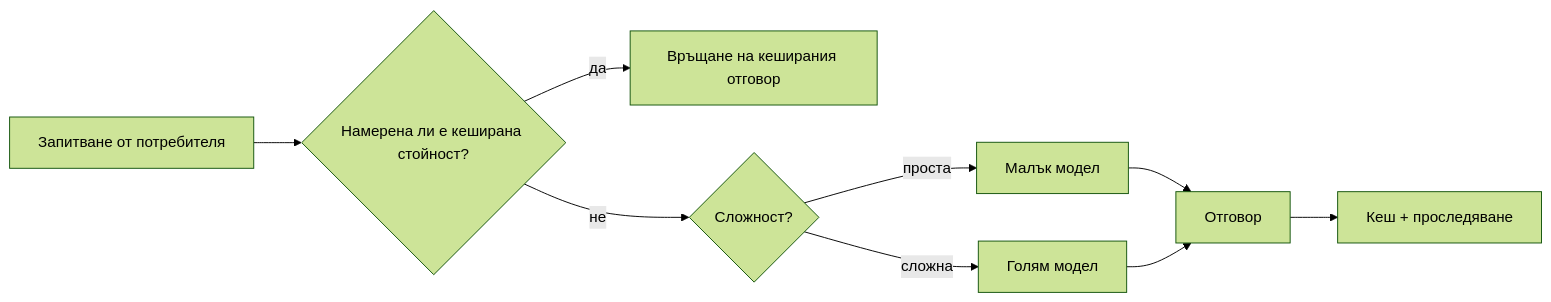
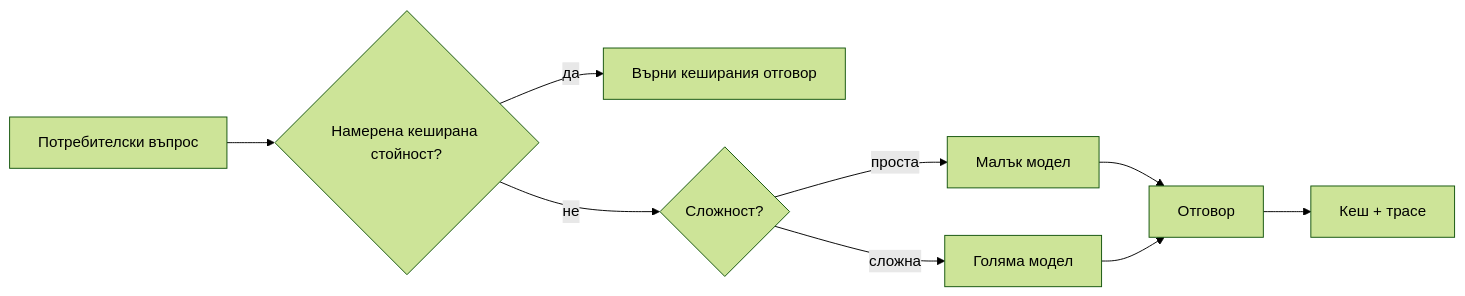
Before and after one commit to microsoft/ai-agents-for-beginners: the third of 4 diagrams in translations/bg/16-deploying-scalable-agents/README.md, drawn with Mermaid (forest theme). The commit also changed other lines of this file and 46 other files, not shown here.

````diff
--- a/translations/bg/16-deploying-scalable-agents/README.md
+++ b/translations/bg/16-deploying-scalable-agents/README.md
@@ -134,11 +134,11 @@
 ```mermaid
 flowchart LR
-    Q[Запитване от потребителя] --> C{Намерена ли е кеширана стойност?}
-    C -->|да| R[Връщане на кеширания отговор]
+    Q[Потребителски въпрос] --> C{Намерена кеширана стойност?}
+    C -->|да| R[Върни кеширания отговор]
     C -->|не| Router{Сложност?}
     Router -->|проста| SLM[Малък модел]
-    Router -->|сложна| LLM[Голям модел]
+    Router -->|сложна| LLM[Голяма модел]
     SLM --> Out[Отговор]
     LLM --> Out
-    Out --> Store[Кеш + проследяване]
+    Out --> Store[Кеш + трасе]
 ```
````
